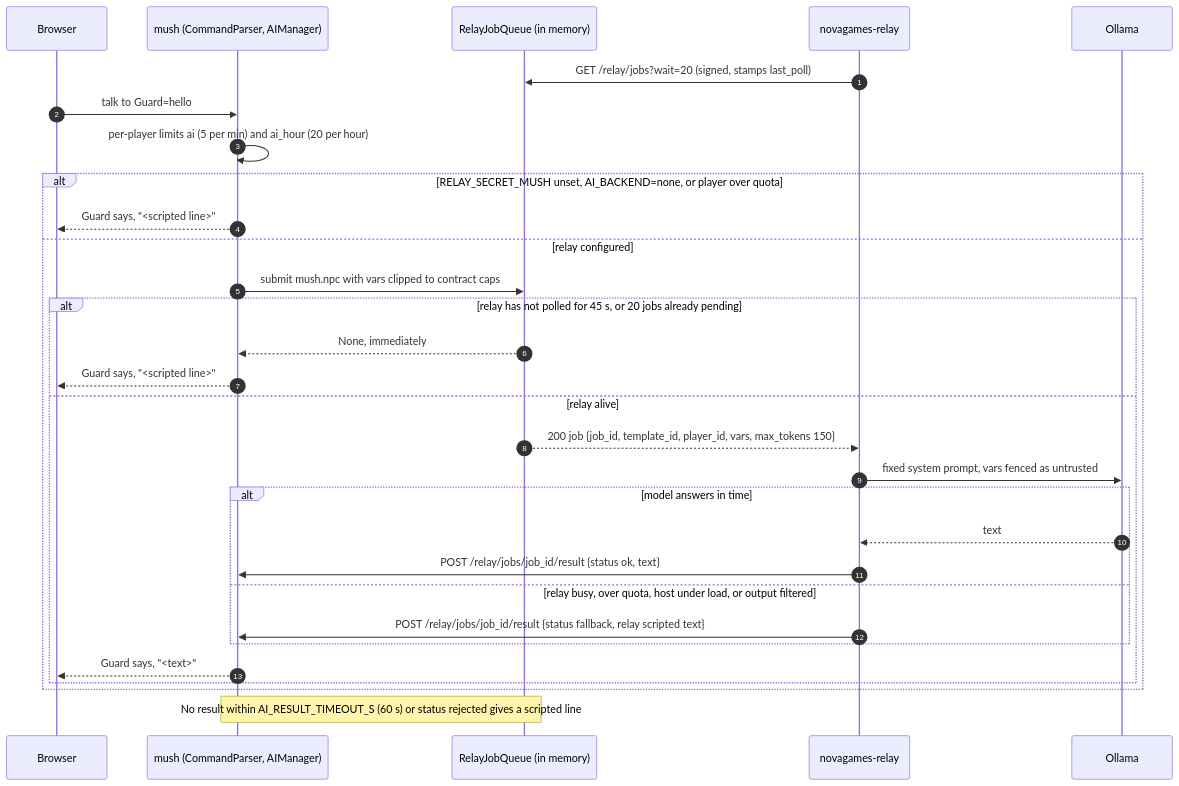
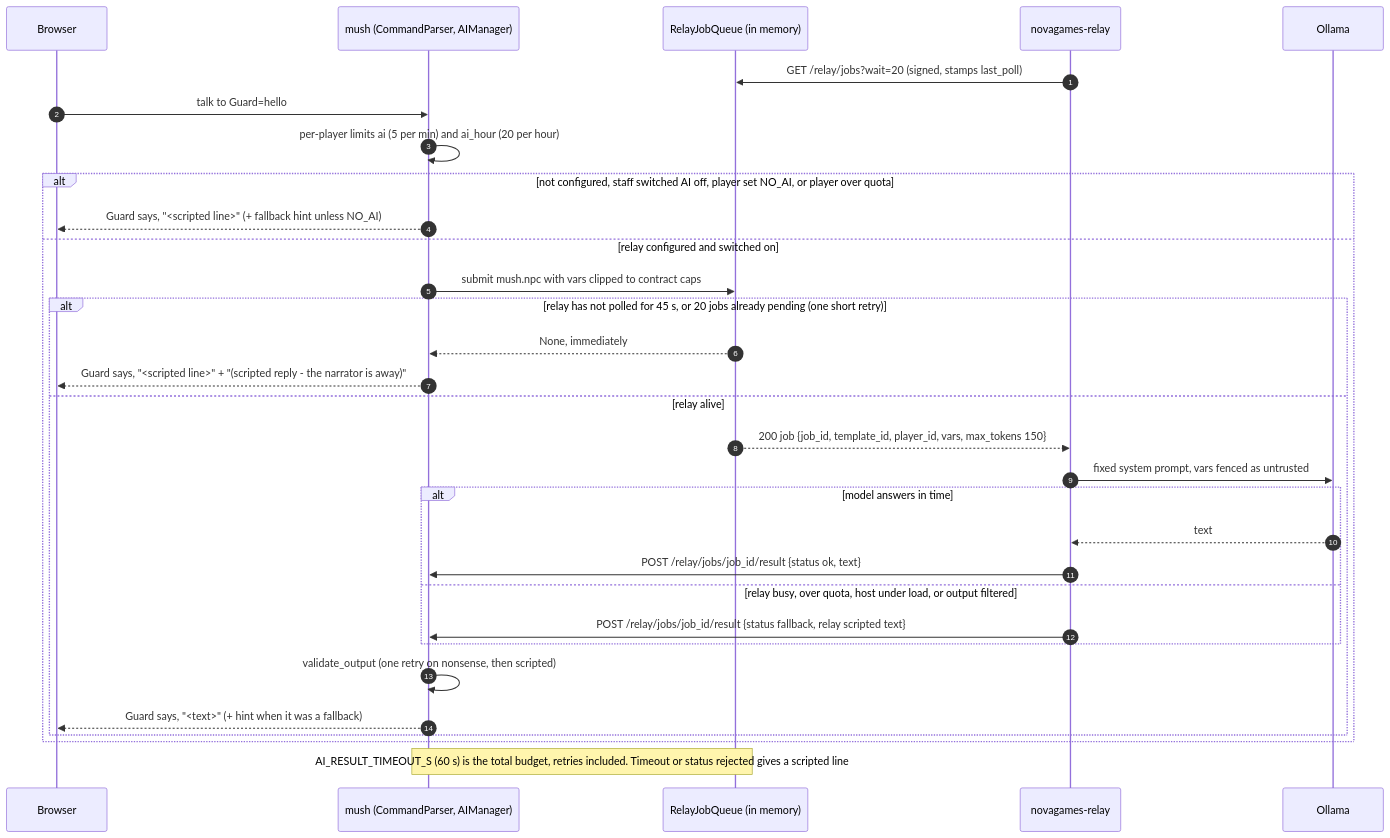
The third of 4 diagrams in README.md (kochj23/Web-Pennmush), drawn with Mermaid before and after one commit. The commit also changed other lines of this file and 14 other files, not shown here.

First line of the commit message:
feat(ai): relay-only AI parity - real health, toggles, retries, validation (3.2.0)

````diff
--- a/README.md
+++ b/README.md
@@ -106,33 +106,34 @@
 ```mermaid
 sequenceDiagram
     autonumber
     participant B as Browser
     participant M as mush (CommandParser, AIManager)
     participant Q as RelayJobQueue (in memory)
     participant R as novagames-relay
     participant O as Ollama
 
     R->>Q: GET /relay/jobs?wait=20 (signed, stamps last_poll)
     B->>M: talk to Guard=hello
     M->>M: per-player limits ai (5 per min) and ai_hour (20 per hour)
-    alt RELAY_SECRET_MUSH unset, AI_BACKEND=none, or player over quota
-        M-->>B: Guard says, "<scripted line>"
-    else relay configured
+    alt not configured, staff switched AI off, player set NO_AI, or player over quota
+        M-->>B: Guard says, "<scripted line>" (+ fallback hint unless NO_AI)
+    else relay configured and switched on
         M->>Q: submit mush.npc with vars clipped to contract caps
-        alt relay has not polled for 45 s, or 20 jobs already pending
+        alt relay has not polled for 45 s, or 20 jobs already pending (one short retry)
             Q-->>M: None, immediately
-            M-->>B: Guard says, "<scripted line>"
+            M-->>B: Guard says, "<scripted line>" + "(scripted reply - the narrator is away)"
         else relay alive
             Q-->>R: 200 job {job_id, template_id, player_id, vars, max_tokens 150}
             R->>O: fixed system prompt, vars fenced as untrusted
             alt model answers in time
                 O-->>R: text
                 R->>M: POST /relay/jobs/job_id/result {status ok, text}
             else relay busy, over quota, host under load, or output filtered
                 R->>M: POST /relay/jobs/job_id/result {status fallback, relay scripted text}
             end
-            M-->>B: Guard says, "<text>"
+            M->>M: validate_output (one retry on nonsense, then scripted)
+            M-->>B: Guard says, "<text>" (+ hint when it was a fallback)
         end
     end
-    Note over M,Q: No result within AI_RESULT_TIMEOUT_S (60 s) or status rejected gives a scripted line
+    Note over M,Q: AI_RESULT_TIMEOUT_S (60 s) is the total budget, retries included. Timeout or status rejected gives a scripted line
 ```
````
